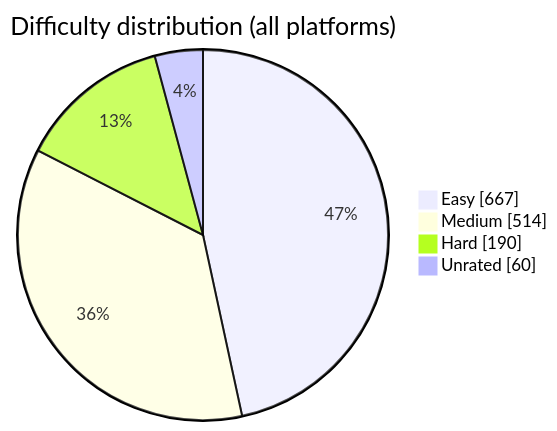
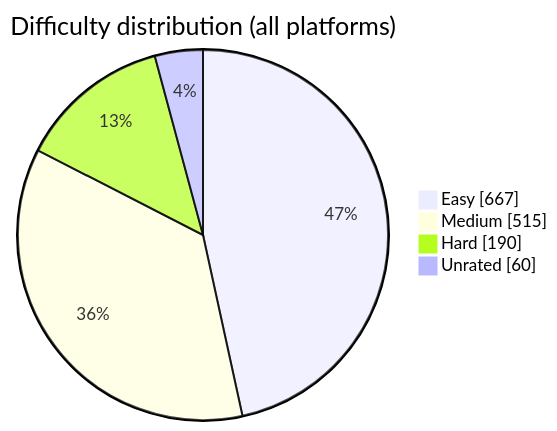
The diagram in README.md (BuildbyArindam/Daily-Coding-Log), drawn with Mermaid before and after one commit. The commit also changed other lines of this file, not shown here.

````diff
--- a/README.md
+++ b/README.md
@@ -93,7 +93,7 @@
 ```mermaid
 pie showData title Difficulty distribution (all platforms)
     "Easy" : 667
-    "Medium" : 514
+    "Medium" : 515
     "Hard" : 190
     "Unrated" : 60
 ```
````
